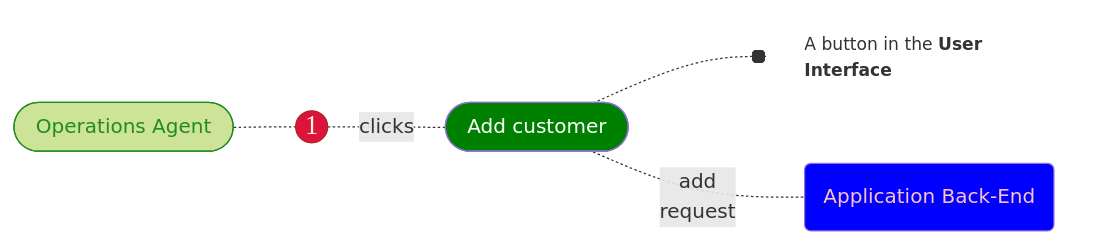
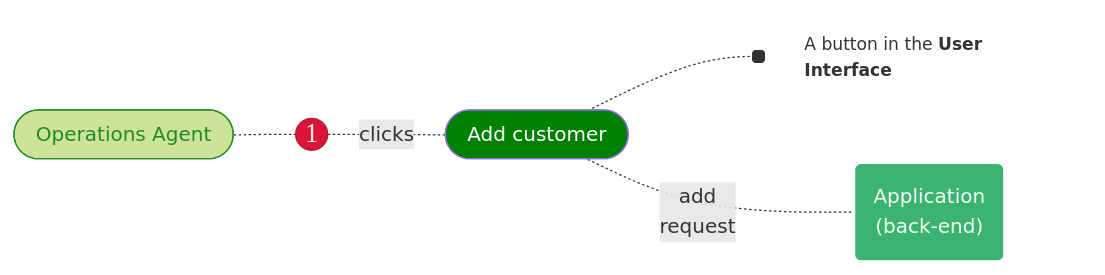
Before and after one commit to joe-dorward/samples: the diagram in 2025_Sage_Playa/mermaid/template_02.md, drawn with Mermaid.

````diff
--- a/2025_Sage_Playa/mermaid/template_02.md
+++ b/2025_Sage_Playa/mermaid/template_02.md
@@ -3,31 +3,27 @@
 ```mermaid
 flowchart LR
 
   %% define styles
   classDef User fill:#cde498, stroke:forestgreen, color:forestgreen;
   classDef Number fill:crimson, color:cornsilk, stroke:firebrick, font-family:verdana, font-size:16pt, padding:10px;
   classDef Button fill:green, color:white;
   classDef Note fill:transparent, stroke:white, text-align:left, font-size: 95%;
-  %%classDef Backend fill:seagreen, color:honeydew;
-classDef Backend fill:blue, color:pink;
-
+  classDef Backend fill:mediumseagreen, stroke:white, color:honeydew;
+  
   %% ---------- ---------- ---------- ---------- ---------- ---------- ---------- ---------- ---------- ----------
   OPERATIONS_AGENT_01([&nbsp;Operations Agent&nbsp;]):::User
   %% ---------- ---------- ---------- ---------- ---------- ---------- ---------- ---------- ---------- ----------
   1(("1")):::Number
   ADD_CUSTOMER_01([&nbsp;Add customer&nbsp;]):::Button
   ADD_CUSTOMER_01_NOTE["A button in the <b>User Interface</b>"]:::Note
 
   OPERATIONS_AGENT_01-.-
   1-.clicks.-
   ADD_CUSTOMER_01-.-o
   ADD_CUSTOMER_01_NOTE
-
-
-
   %% ---------- ---------- ---------- ---------- ---------- ---------- ---------- ---------- ---------- ----------
-  APPLICATION_BACK_END_01(Application Back-End):::Backend
+  APPLICATION_BACK_END_01("Application<br/>(back-end)"):::Backend
 
   ADD_CUSTOMER_01-.add<br/>request.-
   APPLICATION_BACK_END_01
 ```
````
